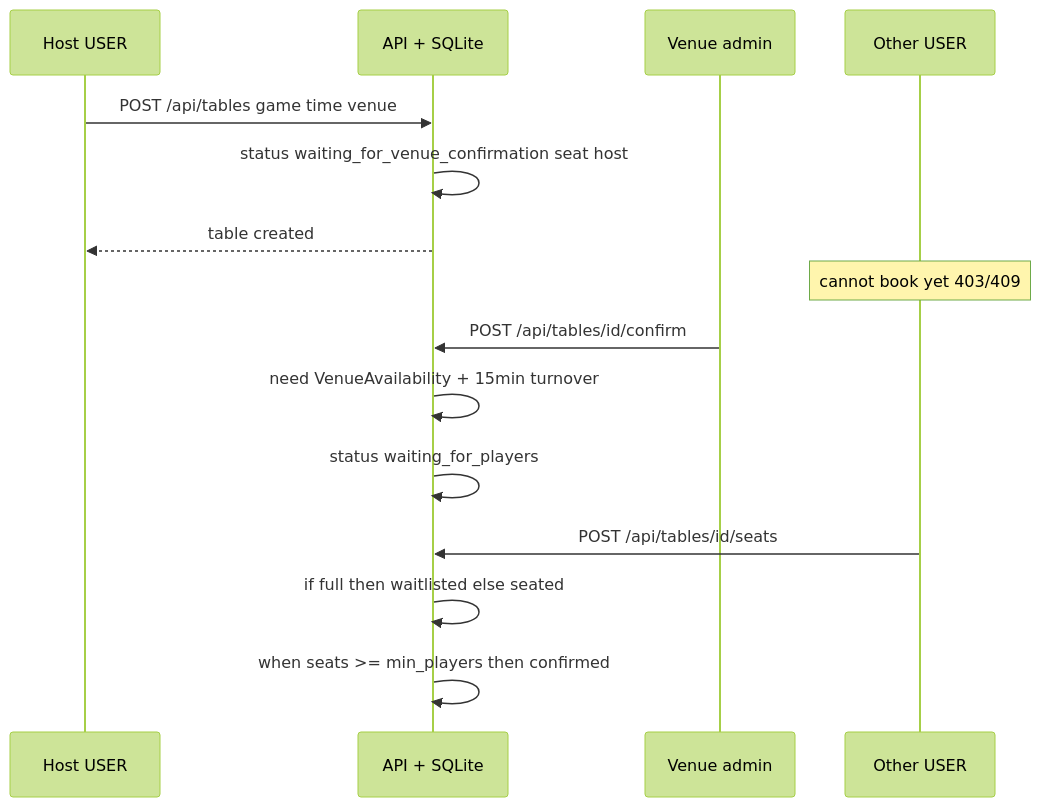
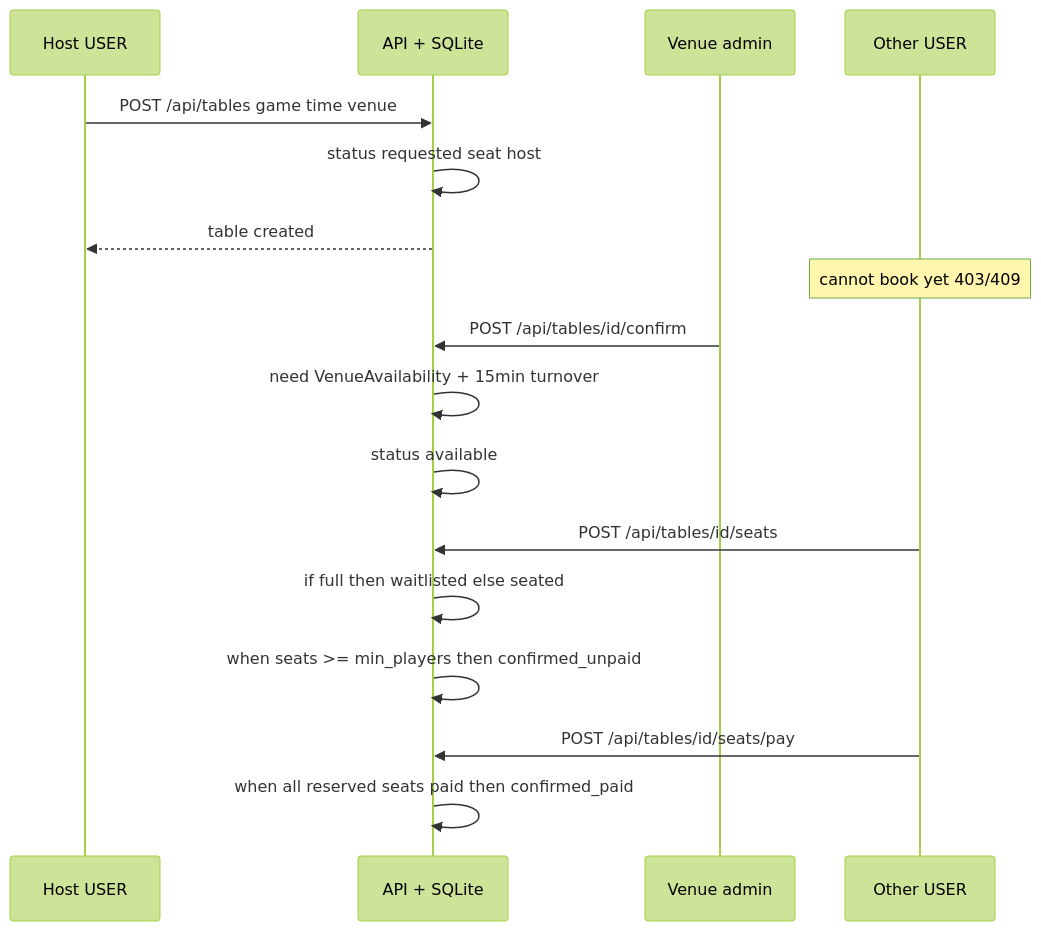
The fourth of 7 diagrams in docs/Architecture-Picture.md (kasjek/BoardGameReservationApp), drawn with Mermaid (forest theme) before and after one commit. The commit also changed other lines of this file and 32 other files, not shown here.

First line of the commit message:
Defer seat payment and split confirmed into unpaid/paid

````diff
--- a/docs/Architecture-Picture.md
+++ b/docs/Architecture-Picture.md
@@ -124,18 +124,20 @@
 ```mermaid
 sequenceDiagram
   participant Host as Host USER
   participant API as API + SQLite
   participant Venue as Venue admin
   participant Guest as Other USER
 
   Host->>API: POST /api/tables game time venue
-  API->>API: status waiting_for_venue_confirmation seat host
+  API->>API: status requested seat host
   API-->>Host: table created
   Note over Guest: cannot book yet 403/409
   Venue->>API: POST /api/tables/id/confirm
   API->>API: need VenueAvailability + 15min turnover
-  API->>API: status waiting_for_players
+  API->>API: status available
   Guest->>API: POST /api/tables/id/seats
   API->>API: if full then waitlisted else seated
-  API->>API: when seats >= min_players then confirmed
+  API->>API: when seats >= min_players then confirmed_unpaid
+  Guest->>API: POST /api/tables/id/seats/pay
+  API->>API: when all reserved seats paid then confirmed_paid
 ```
````
